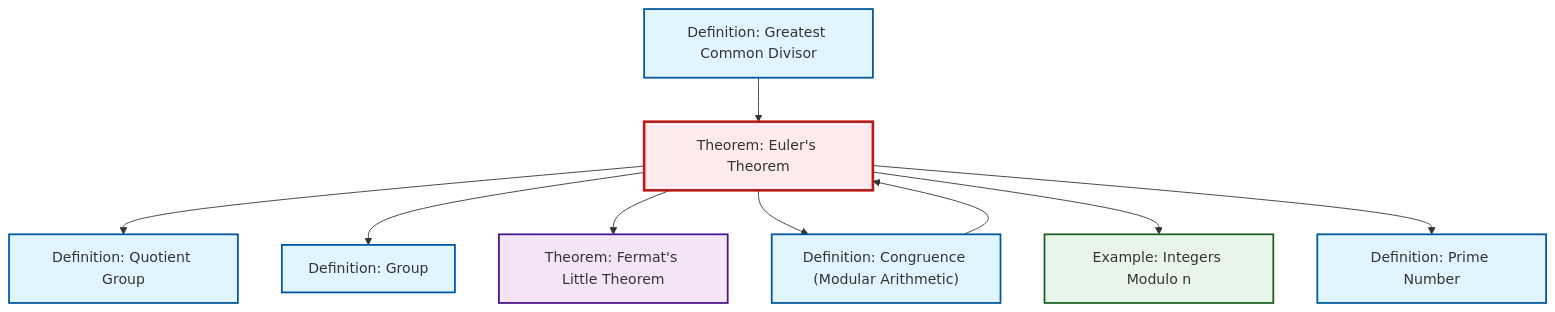
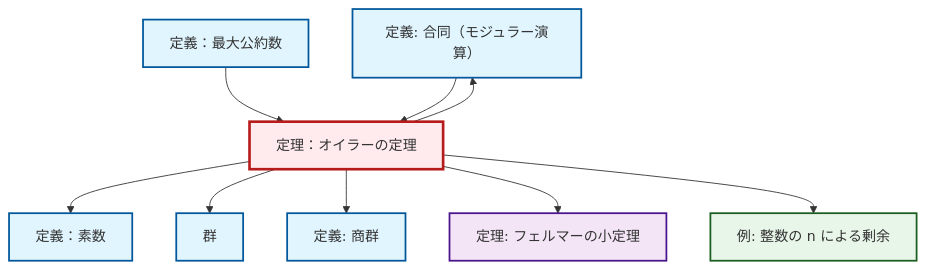
Before and after one commit to RK0429/ModernMath: the diagram in content/ja/number-theory/thm-euler.qmd, drawn with Mermaid. The commit also changed 1069 other files, not shown here.

````diff
--- a/content/ja/number-theory/thm-euler.qmd
+++ b/content/ja/number-theory/thm-euler.qmd
@@ -53,33 +53,33 @@
 ```{mermaid}
 %%| fig-cap: "Local dependency graph"
 graph TD
     classDef definition fill:#e1f5fe,stroke:#01579b,stroke-width:2px
     classDef theorem fill:#f3e5f5,stroke:#4a148c,stroke-width:2px
     classDef axiom fill:#fff3e0,stroke:#e65100,stroke-width:2px
     classDef example fill:#e8f5e9,stroke:#1b5e20,stroke-width:2px
     classDef current fill:#ffebee,stroke:#b71c1c,stroke-width:3px
-    thm-fermat-little["Theorem: Fermat's Little Theorem"]:::theorem
-    def-gcd["Definition: Greatest Common Divisor"]:::definition
-    def-group["Definition: Group"]:::definition
-    def-quotient-group["Definition: Quotient Group"]:::definition
-    thm-euler["Theorem: Euler's Theorem"]:::theorem
-    def-prime["Definition: Prime Number"]:::definition
-    def-congruence["Definition: Congruence (Modular Arithmetic)"]:::definition
-    ex-quotient-integers-mod-n["Example: Integers Modulo n"]:::example
+    def-congruence["定義: 合同（モジュラー演算）"]:::definition
+    thm-euler["定理：オイラーの定理"]:::theorem
+    thm-fermat-little["定理: フェルマーの小定理"]:::theorem
+    def-quotient-group["定義: 商群"]:::definition
+    def-gcd["定義：最大公約数"]:::definition
+    ex-quotient-integers-mod-n["例: 整数の n による剰余"]:::example
+    def-prime["定義：素数"]:::definition
+    def-group["群"]:::definition
+    def-gcd --> thm-euler
+    thm-euler --> def-prime
+    thm-euler --> def-group
+    def-congruence --> thm-euler
     thm-euler --> def-quotient-group
-    def-congruence --> thm-euler
-    thm-euler --> def-group
     thm-euler --> thm-fermat-little
     thm-euler --> def-congruence
     thm-euler --> ex-quotient-integers-mod-n
-    thm-euler --> def-prime
-    def-gcd --> thm-euler
     class thm-euler current
-    click thm-fermat-little "thm-fermat-little.html" "Theorem: Fermat's Little Theoremへ"
-    click def-gcd "def-gcd.html" "Definition: Greatest Common Divisorへ"
-    click def-group "def-group.html" "Definition: Groupへ"
-    click def-quotient-group "def-quotient-group.html" "Definition: Quotient Groupへ"
-    click def-prime "def-prime.html" "Definition: Prime Numberへ"
-    click def-congruence "def-congruence.html" "Definition: Congruence (Modular Arithmetic)へ"
-    click ex-quotient-integers-mod-n "ex-quotient-integers-mod-n.html" "Example: Integers Modulo nへ"
+    click def-congruence "def-congruence.html" "合同（モジュラー演算）の定義へ"
+    click thm-fermat-little "thm-fermat-little.html" "フェルマーの小定理の定理へ"
+    click def-quotient-group "def-quotient-group.html" "商群の定義へ"
+    click def-gcd "def-gcd.html" "定義：最大公約数へ"
+    click ex-quotient-integers-mod-n "ex-quotient-integers-mod-n.html" "整数の n による剰余の例へ"
+    click def-prime "def-prime.html" "定義：素数へ"
+    click def-group "def-group.html" "群へ"
 ```
````
